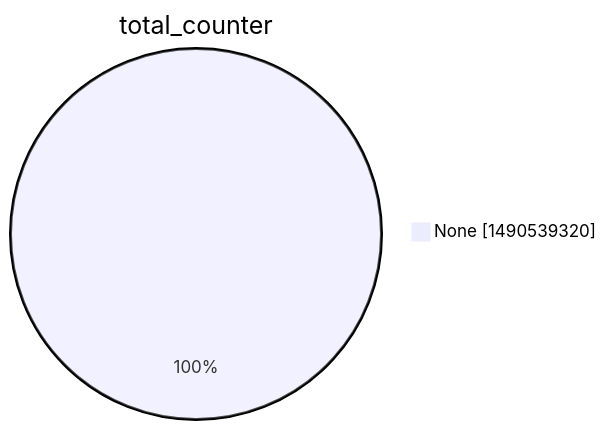
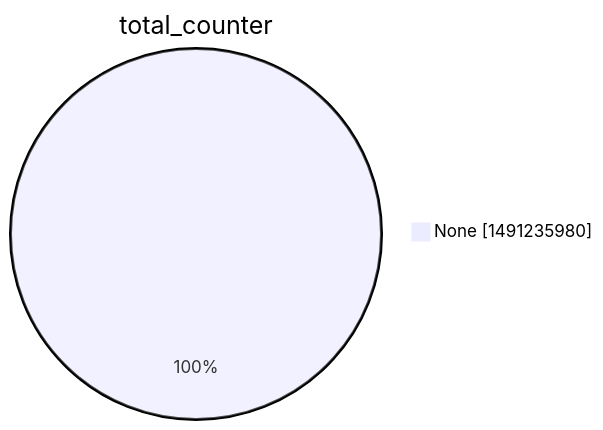
The second of 15 diagrams in argon2022/README.md (christiankrug/ctmonitor_visualization), drawn with Mermaid before and after one commit. The commit also changed other lines of this file, not shown here.

````diff
--- a/argon2022/README.md
+++ b/argon2022/README.md
@@ -9,5 +9,5 @@
 ```mermaid
 pie showData
 title total_counter
-"None" :1490539320
+"None" :1491235980
 ```
````
